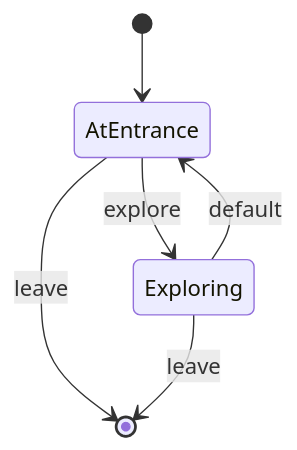
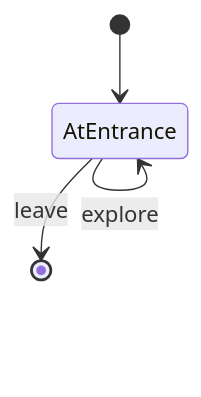
The diagram in docs/rooms/roomceptionRoom.md (normal-devs/klicker-knight), drawn with Mermaid before and after one commit. The commit also changed other lines of this file, not shown here.

````diff
--- a/docs/rooms/roomceptionRoom.md
+++ b/docs/rooms/roomceptionRoom.md
@@ -18,10 +19,7 @@
 ```mermaid
 stateDiagram-v2
   [*] --> AtEntrance
 
-  AtEntrance --> Exploring: explore
+  AtEntrance --> AtEntrance: explore
   AtEntrance --> [*]: leave
-
-  Exploring --> AtEntrance: default
-  Exploring --> [*]: leave
 ```
````
